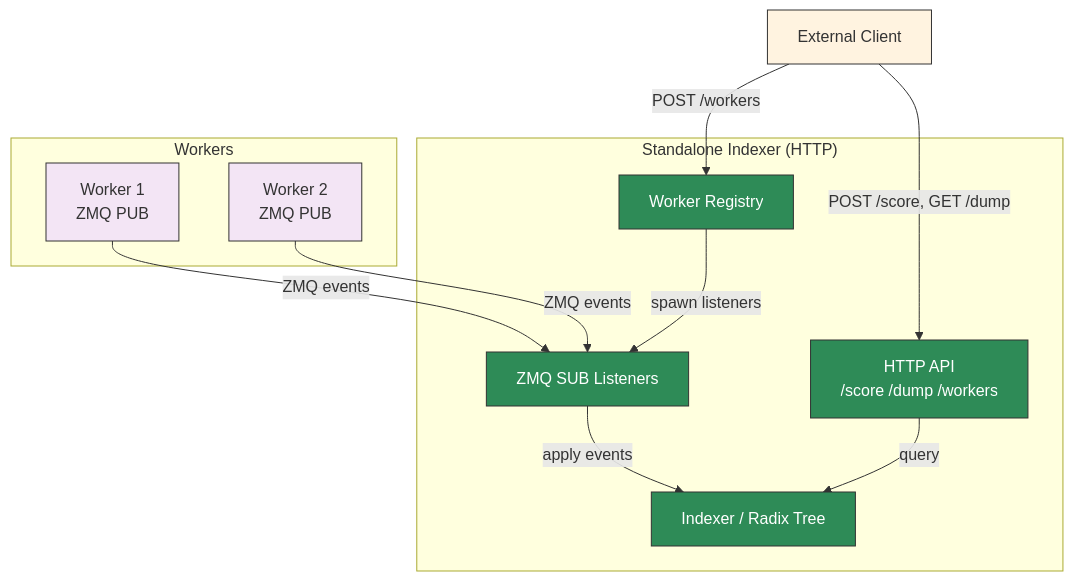
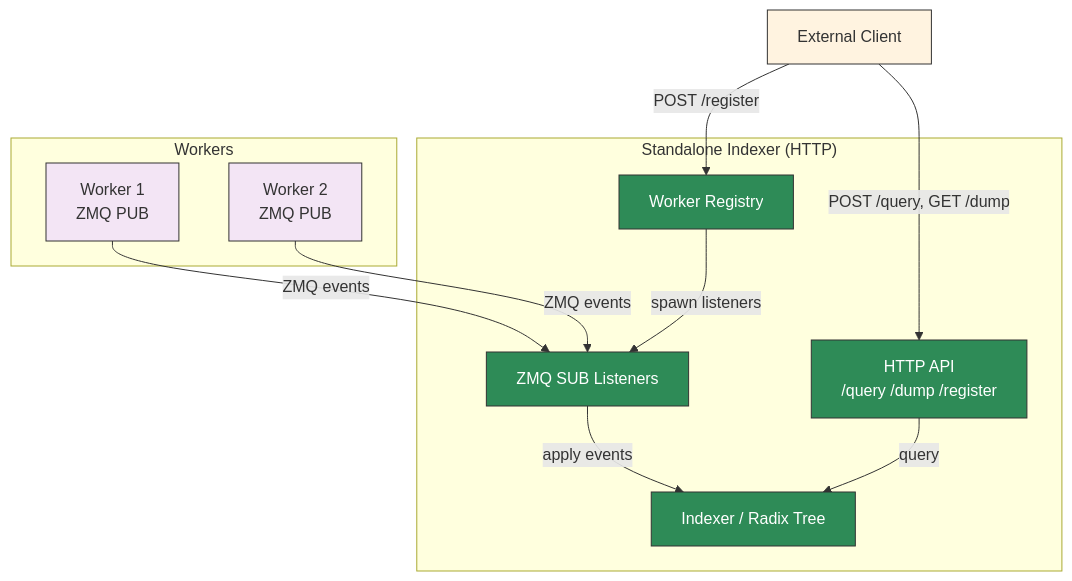
One commit to ai-dynamo/dynamo changed the diagram in docs/pages/components/router/standalone-indexer.md. Above: the diagram before and after it, drawn with Mermaid. The commit also changed other lines of this file and 4 other files, not shown here.

Commit message:
rename routes to match Mooncake RFC: /register, /unregister, /query, /query_by_hash

````diff
--- a/docs/pages/components/router/standalone-indexer.md
+++ b/docs/pages/components/router/standalone-indexer.md
@@ -134,32 +148,32 @@
 ```mermaid
 graph TD
     subgraph Workers
         W1[Worker 1<br/>ZMQ PUB]
         W2[Worker 2<br/>ZMQ PUB]
     end
 
     subgraph "Standalone Indexer (HTTP)"
         REG[Worker Registry]
         ZMQ[ZMQ SUB Listeners]
         IDX[Indexer / Radix Tree]
-        HTTP[HTTP API<br/>/score /dump /workers]
+        HTTP[HTTP API<br/>/query /dump /register]
     end
 
     CLIENT[External Client]
 
     W1 -->|ZMQ events| ZMQ
     W2 -->|ZMQ events| ZMQ
-    CLIENT -->|POST /workers| REG
+    CLIENT -->|POST /register| REG
     REG -->|spawn listeners| ZMQ
     ZMQ -->|apply events| IDX
-    CLIENT -->|POST /score, GET /dump| HTTP
+    CLIENT -->|POST /query, GET /dump| HTTP
     HTTP -->|query| IDX
 
     style W1 fill:#f3e5f5,stroke:#333,color:#333
     style W2 fill:#f3e5f5,stroke:#333,color:#333
     style IDX fill:#2e8b57,stroke:#333,color:#fff
     style ZMQ fill:#2e8b57,stroke:#333,color:#fff
     style REG fill:#2e8b57,stroke:#333,color:#fff
     style HTTP fill:#2e8b57,stroke:#333,color:#fff
     style CLIENT fill:#fff3e0,stroke:#333,color:#333
 ```
````
